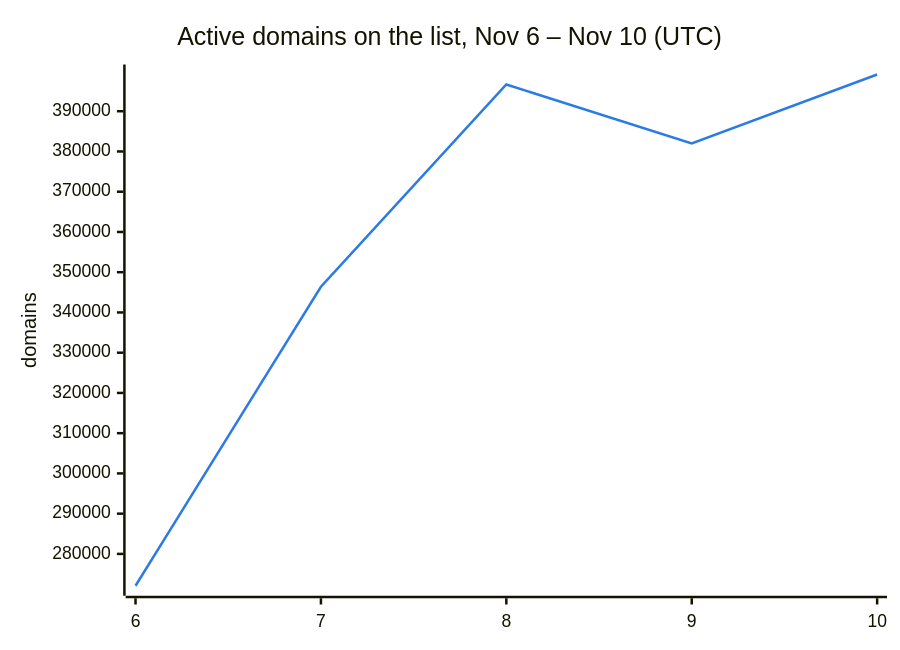
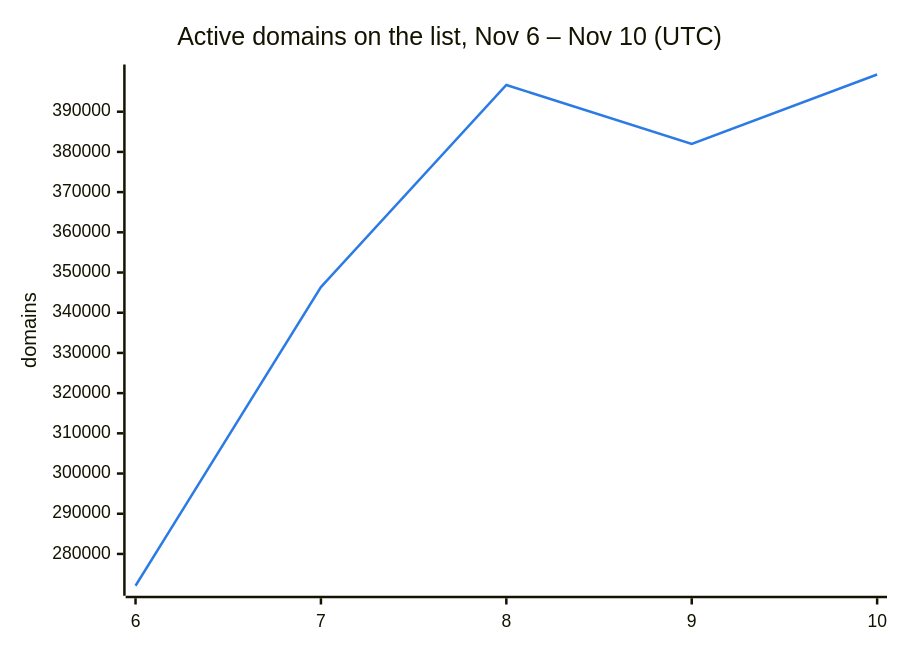
One commit to DNSBunker/CTI changed the second of 3 diagrams in README.md. Above: the diagram before and after it, drawn with Mermaid. The commit also changed other lines of this file and 3 other files, not shown here.

````diff
--- a/README.md
+++ b/README.md
@@ -38,8 +38,8 @@
 ```mermaid
 %%{init: {"themeVariables": {"xyChart": {"plotColorPalette": "#2c7be5"}}}}%%
 xychart-beta
     title "Active domains on the list, Nov 6 – Nov 10 (UTC)"
     x-axis ["6", "7", "8", "9", "10"]
     y-axis "domains"
-    line [272088, 346388, 396638, 382009, 399128]
+    line [272088, 346388, 396638, 382009, 399255]
 ```
````
